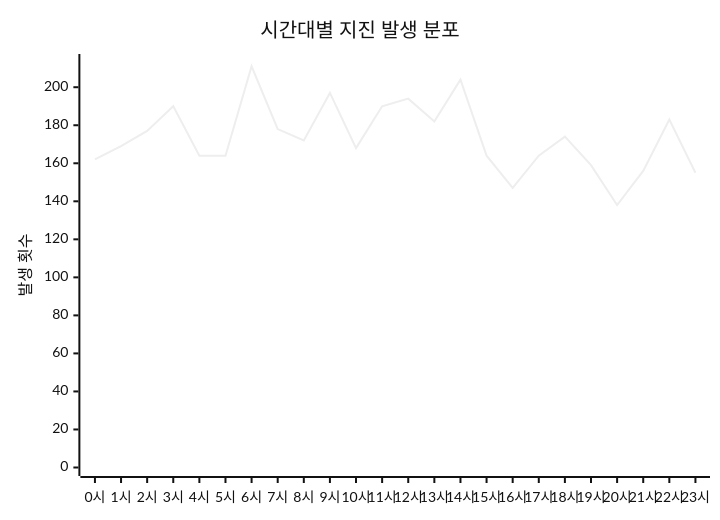
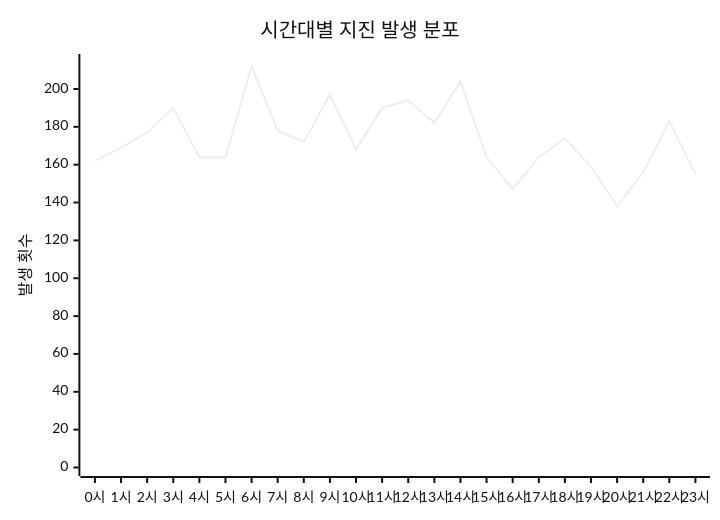
Before and after one commit to serendip811/japan-eq: the diagram in charts/time-chart.md, drawn with Mermaid (neutral theme). The commit also changed other lines of this file and 5 other files, not shown here.

Commit message:
Update earthquake data and charts Tue May  5 07:40:41 UTC 2026

````diff
--- a/charts/time-chart.md
+++ b/charts/time-chart.md
@@ -3,7 +3,7 @@
 ```mermaid
 xychart-beta
     title "시간대별 지진 발생 분포"
     x-axis ["0시", "1시", "2시", "3시", "4시", "5시", "6시", "7시", "8시", "9시", "10시", "11시", "12시", "13시", "14시", "15시", "16시", "17시", "18시", "19시", "20시", "21시", "22시", "23시"]
-    y-axis "발생 횟수" 0 --> 213
-    line [162, 169, 177, 190, 164, 164, 211, 178, 172, 197, 168, 190, 194, 182, 204, 164, 147, 164, 174, 159, 138, 156, 183, 155]
+    y-axis "발생 횟수" 0 --> 214
+    line [162, 169, 177, 190, 164, 164, 212, 178, 172, 197, 168, 190, 194, 182, 204, 164, 147, 164, 174, 159, 138, 156, 183, 155]
 ```
````
